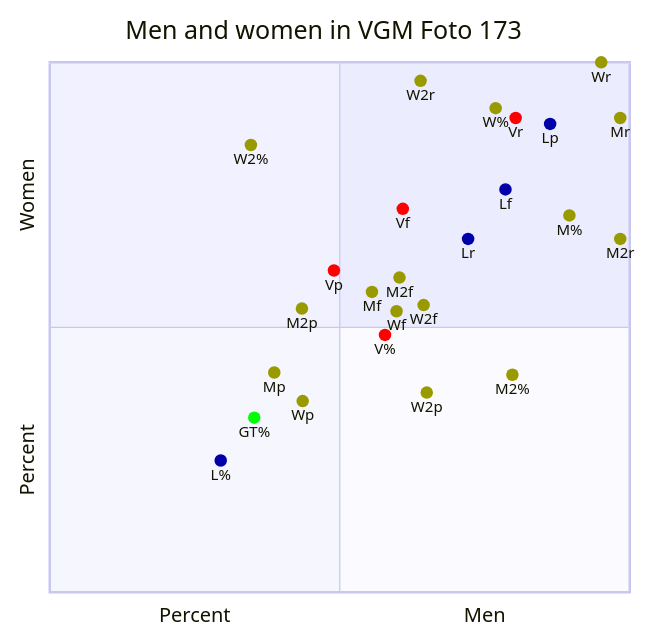
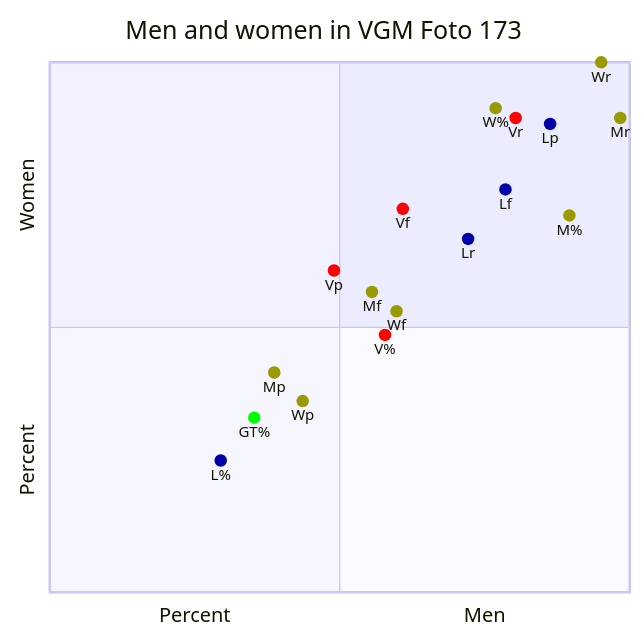
Before and after one commit to Modern36/tropes_1500: the fifth of 11 diagrams in browser/scatter.md, drawn with Mermaid. The commit also changed other lines of this file and 1 other file, not shown here.

````diff
--- a/browser/scatter.md
+++ b/browser/scatter.md
@@ -159,32 +127,24 @@
 ```mermaid
 quadrantChart
     title Men and women in VGM Foto 173
     x-axis Percent --> Men
     y-axis Percent --> Women
     M%: [0.8959537572254336, 0.7109826589595376] color: #999900
-    M2%: [0.7976878612716763, 0.41040462427745666] color: #999900
     W%: [0.7687861271676301, 0.9132947976878613] color: #999900
-    W2%: [0.3468208092485549, 0.8439306358381503] color: #999900
     GT%: [0.35260115606936415, 0.32947976878612717] color: #00FF00
     V%: [0.5780346820809249, 0.48554913294797686] color: #FF0000
     L%: [0.2947976878612717, 0.24855491329479767] color: #0000AA
     Lf: [0.7857142857142857, 0.76]  color: #0000AA
     Lp: [0.8627450980392157, 0.8837209302325582]  color: #0000AA
     Lr: [0.7213114754098361, 0.6666666666666666]  color: #0000AA
     Vf: [0.6086956521739131, 0.723404255319149]  color: #FF0000
     Vp: [0.49, 0.6071428571428571]  color: #FF0000
     Vr: [0.8032786885245902, 0.8947368421052632]  color: #FF0000
-    W2f: [0.6446280991735537, 0.541871921182266]  color: #999900
-    W2p: [0.65, 0.3767123287671233]  color: #999900
-    W2r: [0.639344262295082, 0.9649122807017544]  color: #999900
     Wf: [0.5979381443298969, 0.5302325581395348]  color: #999900
     Wp: [0.43609022556390975, 0.36075949367088606]  color: #999900
     Wr: [0.9508196721311475, 0.9999]  color: #999900
-    M2f: [0.6030150753768844, 0.59375]  color: #999900
-    M2p: [0.43478260869565216, 0.5352112676056338]  color: #999900
-    M2r: [0.9836065573770492, 0.6666666666666666]  color: #999900
     Mf: [0.5555555555555556, 0.5666666666666667]  color: #999900
     Mp: [0.3870967741935484, 0.4146341463414634]  color: #999900
     Mr: [0.9836065573770492, 0.8947368421052632]  color: #999900
 
 ```
````
